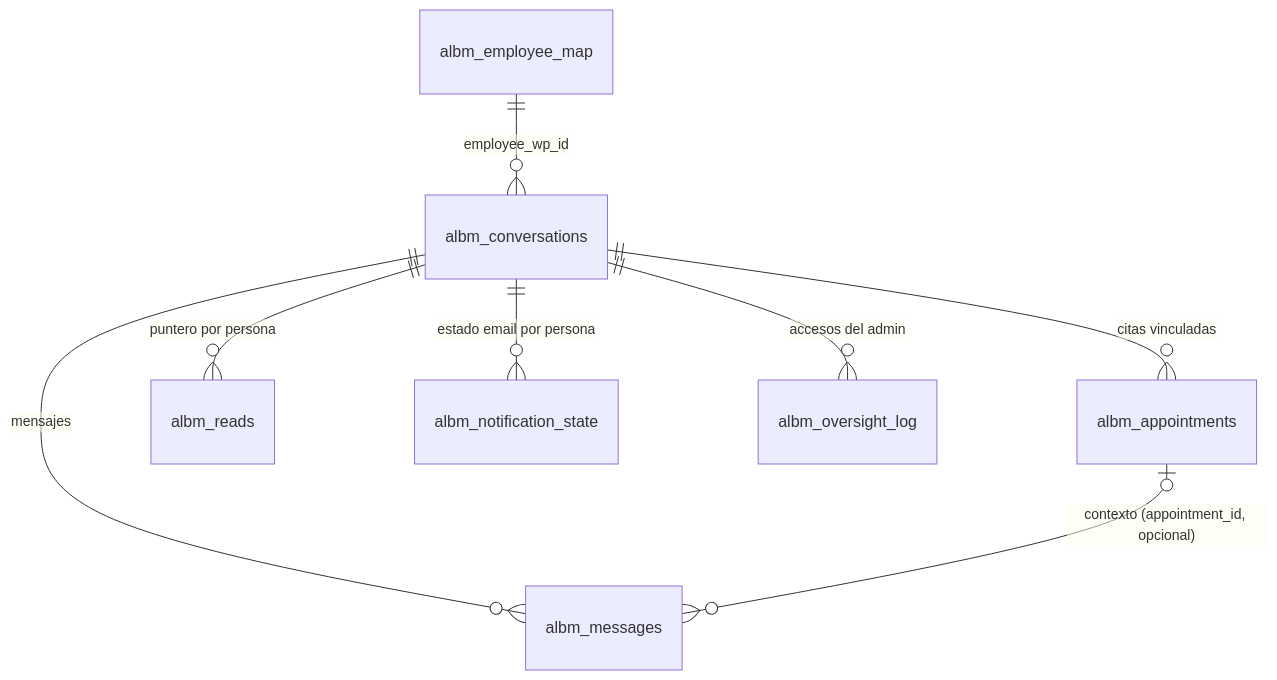
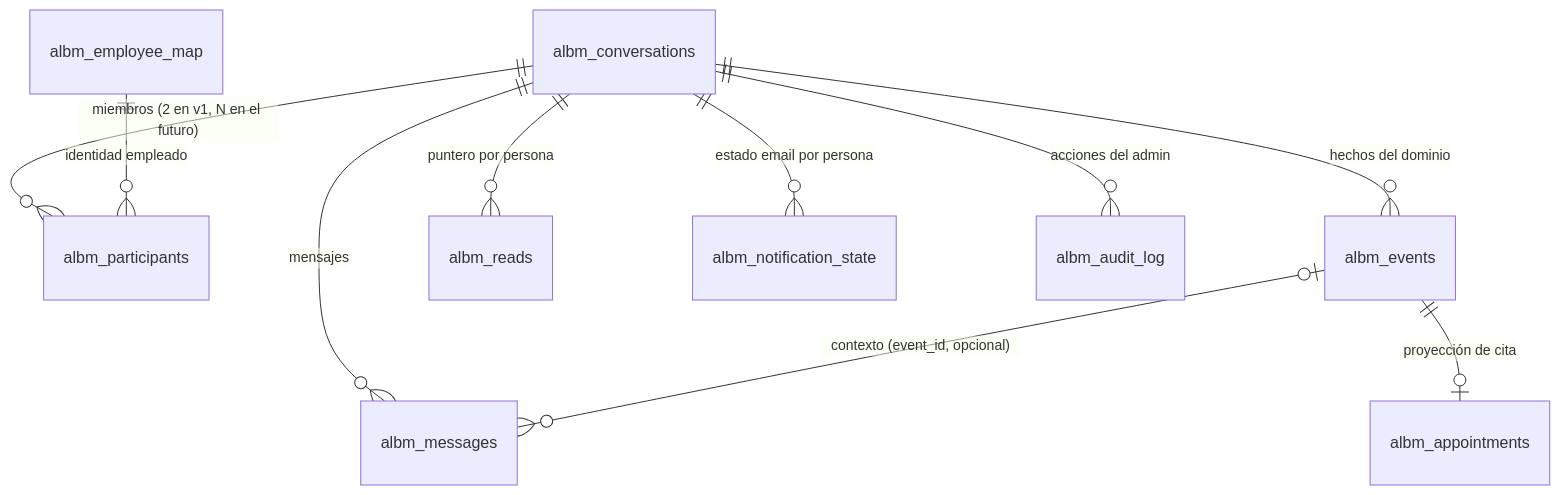
The first of 2 diagrams in ALB-MESSENGER-DESIGN.md (Ivanhoe9621/asd), drawn with Mermaid before and after one commit. The commit also changed other lines of this file, not shown here.

````diff
--- a/ALB-MESSENGER-DESIGN.md
+++ b/ALB-MESSENGER-DESIGN.md
@@ -83,10 +79,12 @@
 ```mermaid
 erDiagram
-    albm_conversations ||--o{ albm_appointments : "citas vinculadas"
+    albm_conversations ||--o{ albm_participants : "miembros (2 en v1, N en el futuro)"
+    albm_conversations ||--o{ albm_events : "hechos del dominio"
     albm_conversations ||--o{ albm_messages : "mensajes"
-    albm_appointments  |o--o{ albm_messages : "contexto (appointment_id, opcional)"
+    albm_events        |o--o{ albm_messages : "contexto (event_id, opcional)"
+    albm_events        ||--o| albm_appointments : "proyección de cita"
     albm_conversations ||--o{ albm_reads : "puntero por persona"
     albm_conversations ||--o{ albm_notification_state : "estado email por persona"
-    albm_conversations ||--o{ albm_oversight_log : "accesos del admin"
-    albm_employee_map  ||--o{ albm_conversations : "employee_wp_id"
+    albm_conversations ||--o{ albm_audit_log : "acciones del admin"
+    albm_employee_map  ||--o{ albm_participants : "identidad empleado"
 ```
````
